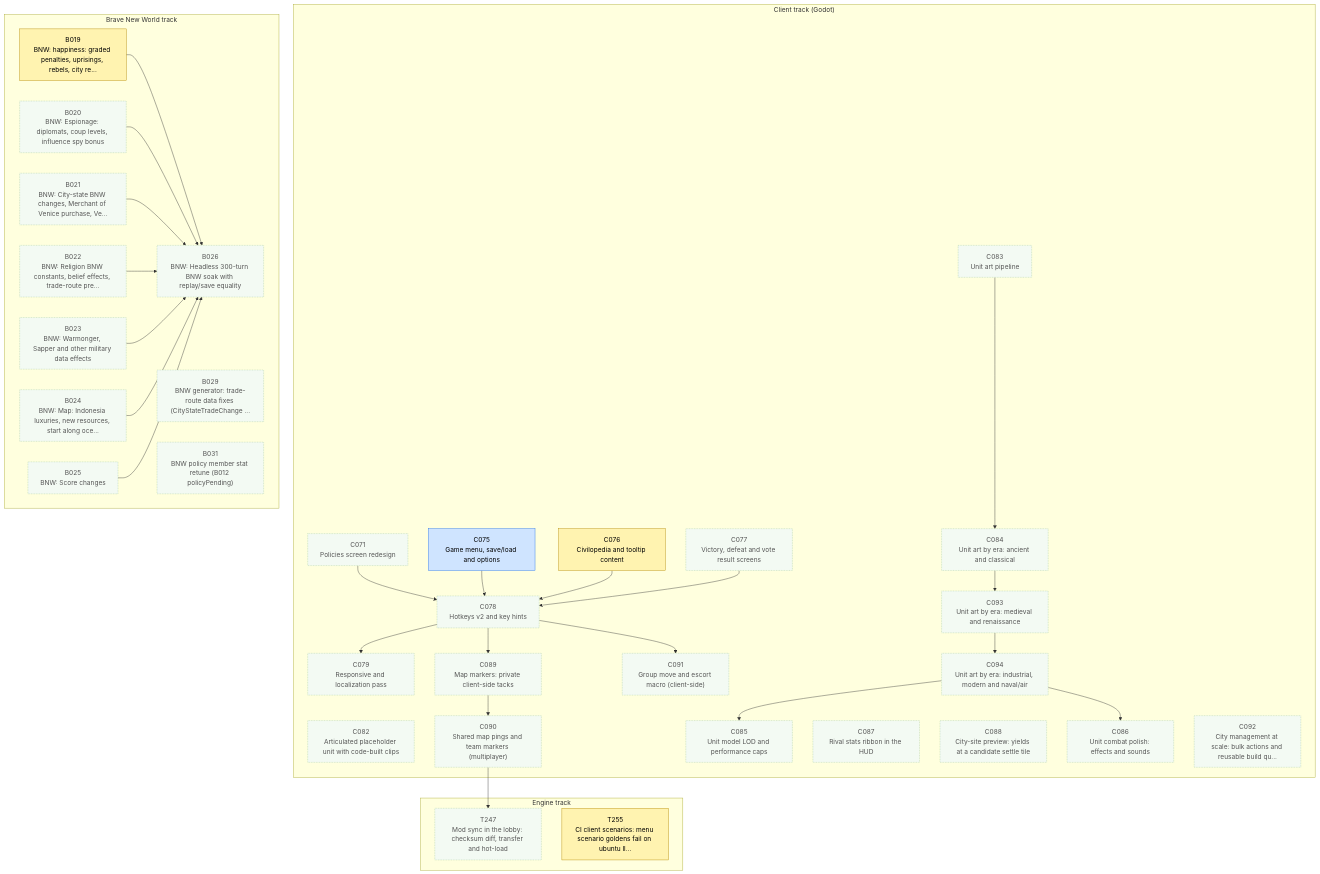
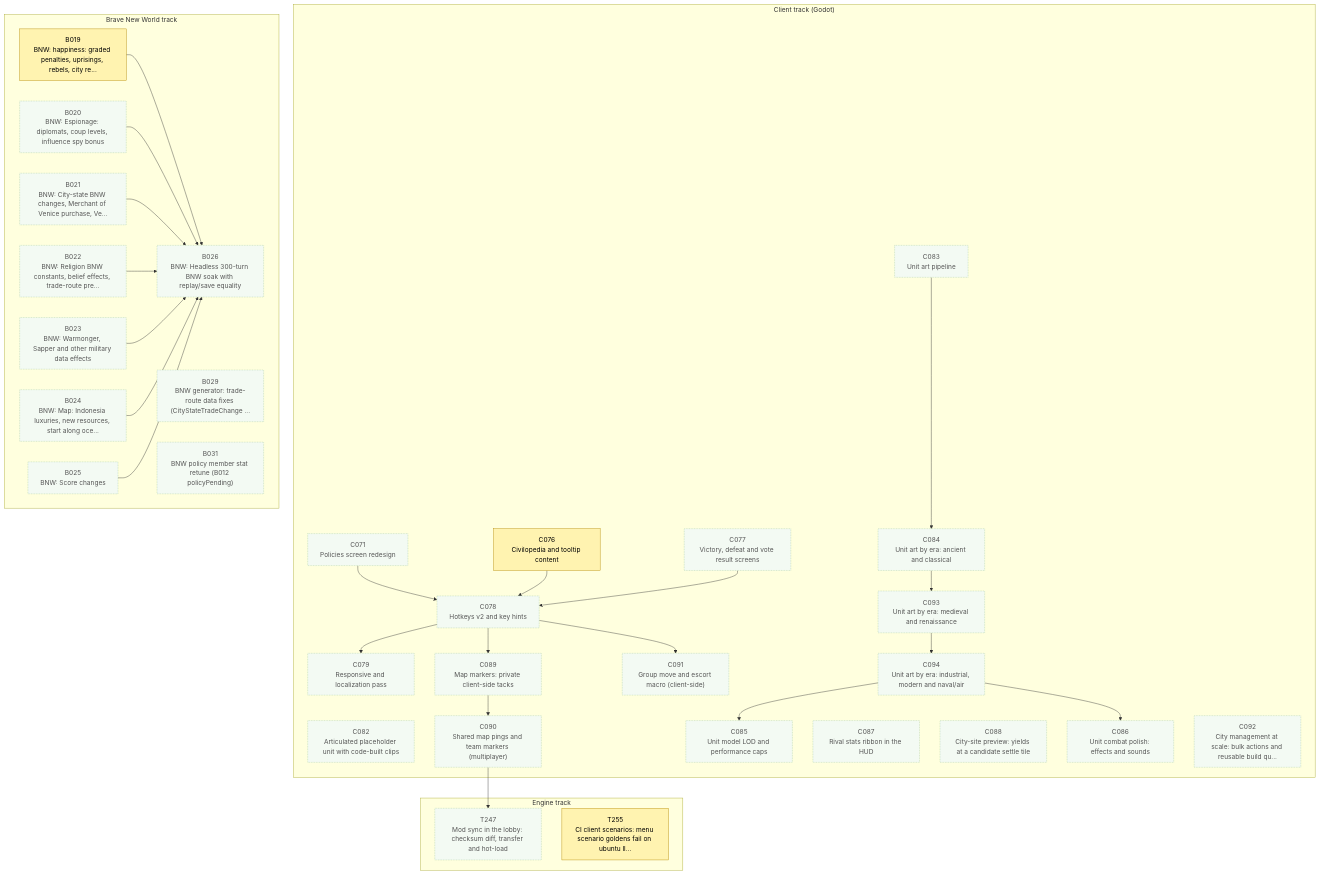
The first of 3 diagrams in csharp/migration/DEPENDENCY_MAP.md (Kenmura/Unciv), drawn with Mermaid before and after one commit. The commit also changed other lines of this file and 1 other file, not shown here.

Commit message:
migration: review C075 pass [Adversarial Review]

```diff
--- a/csharp/migration/DEPENDENCY_MAP.md
+++ b/csharp/migration/DEPENDENCY_MAP.md
@@ -30,7 +30,6 @@
   end
   subgraph CTRACK["Client track (Godot)"]
     C071["C071<br/>Policies screen redesign"]
-    C075["C075<br/>Game menu, save/load and options"]
     C076["C076<br/>Civilopedia and tooltip content"]
     C077["C077<br/>Victory, defeat and vote result screens"]
     C078["C078<br/>Hotkeys v2 and key hints"]
@@ -63,7 +62,6 @@
   end
   C090 --> T247
   C071 --> C078
-  C075 --> C078
   C076 --> C078
   C077 --> C078
   C078 --> C079
@@ -100,7 +98,6 @@
   class B029 waiting
   class B031 waiting
   class C071 waiting
-  class C075 review
   class C076 prog
   class C077 waiting
   class C078 waiting
```
